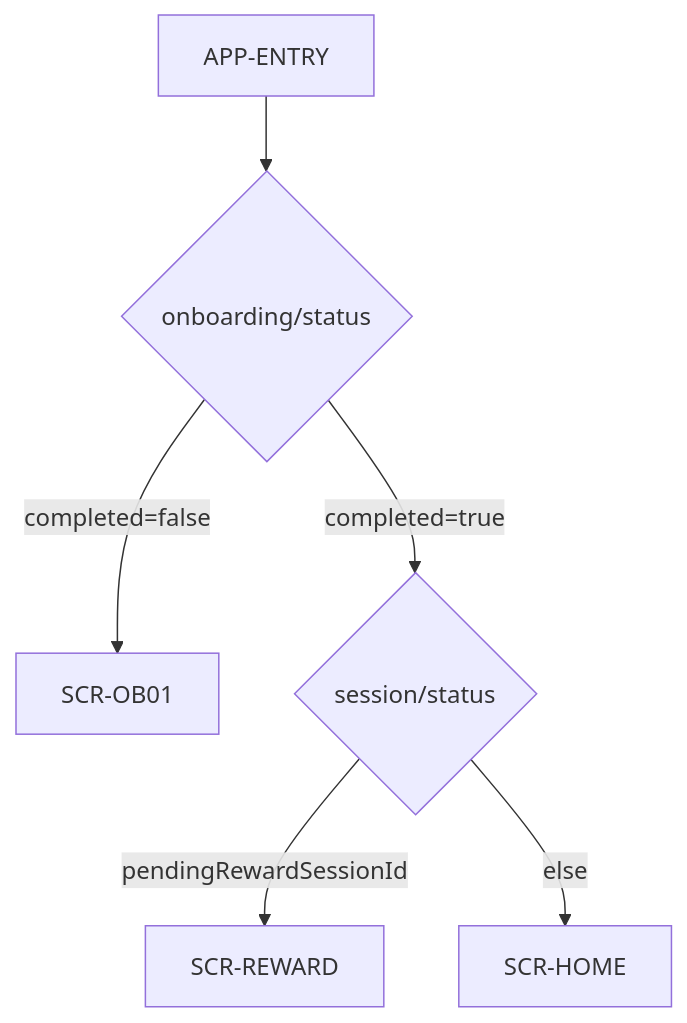
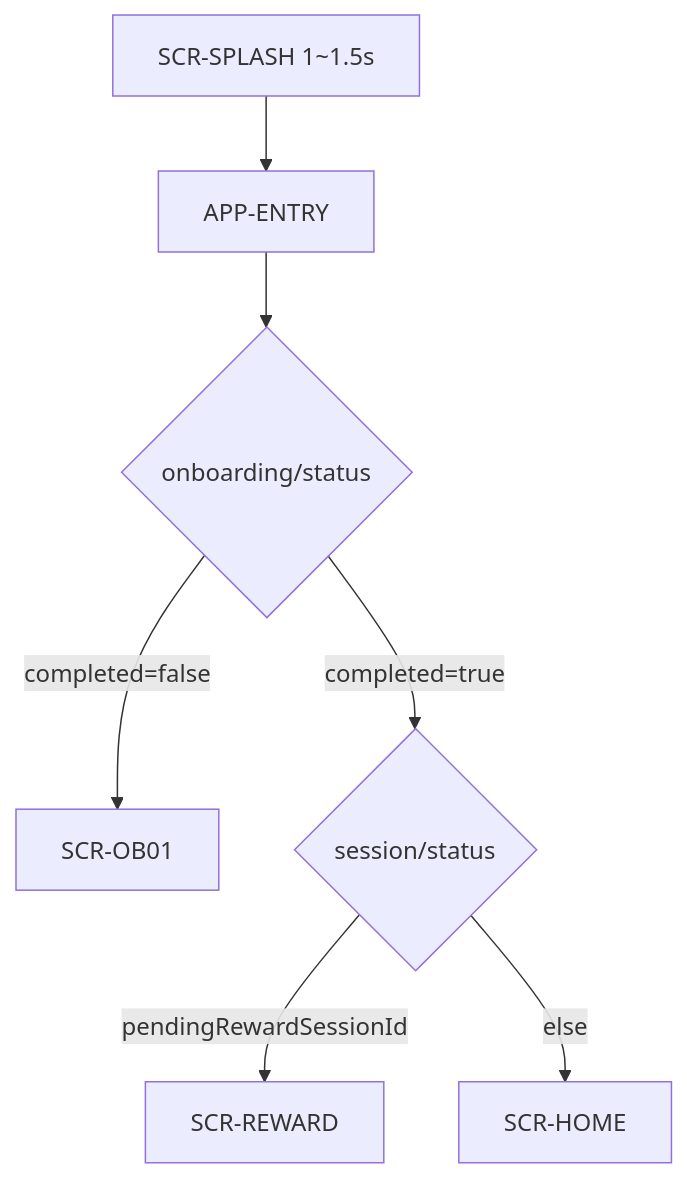
The first of 7 diagrams in docs/plan/api-and-database-modeling-plan.md (prography/11th-3team-BE), drawn with Mermaid before and after one commit. The commit also changed other lines of this file, not shown here.

````diff
--- a/docs/plan/api-and-database-modeling-plan.md
+++ b/docs/plan/api-and-database-modeling-plan.md
@@ -90,8 +133,9 @@
 ```mermaid
 flowchart TD
-    A[APP-ENTRY] --> B{onboarding/status}
+    S[SCR-SPLASH 1~1.5s] --> A[APP-ENTRY]
+    A --> B{onboarding/status}
     B -->|completed=false| OB01[SCR-OB01]
     B -->|completed=true| C{session/status}
     C -->|pendingRewardSessionId| RW[SCR-REWARD]
     C -->|else| H[SCR-HOME]
 ```
````
